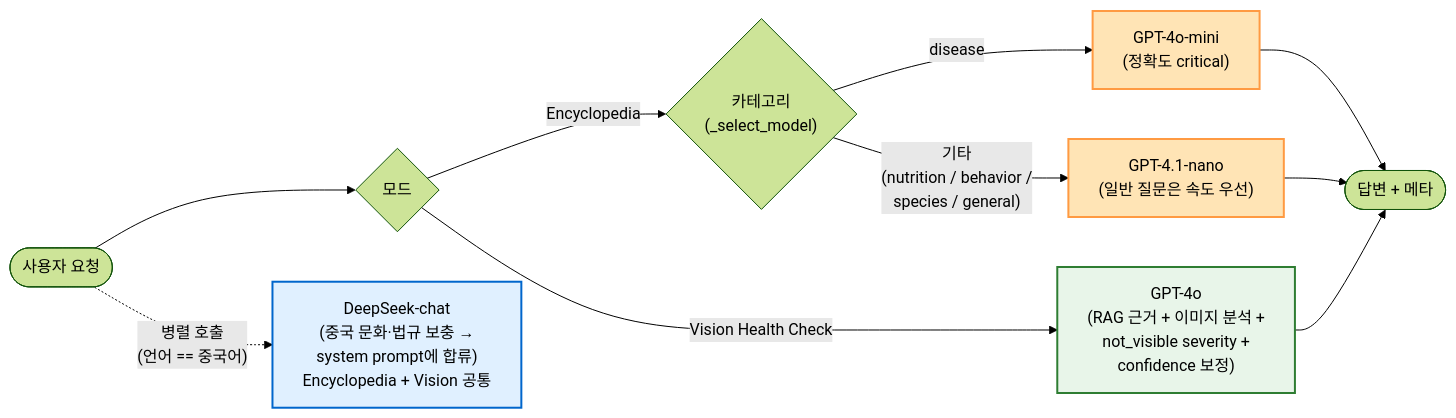
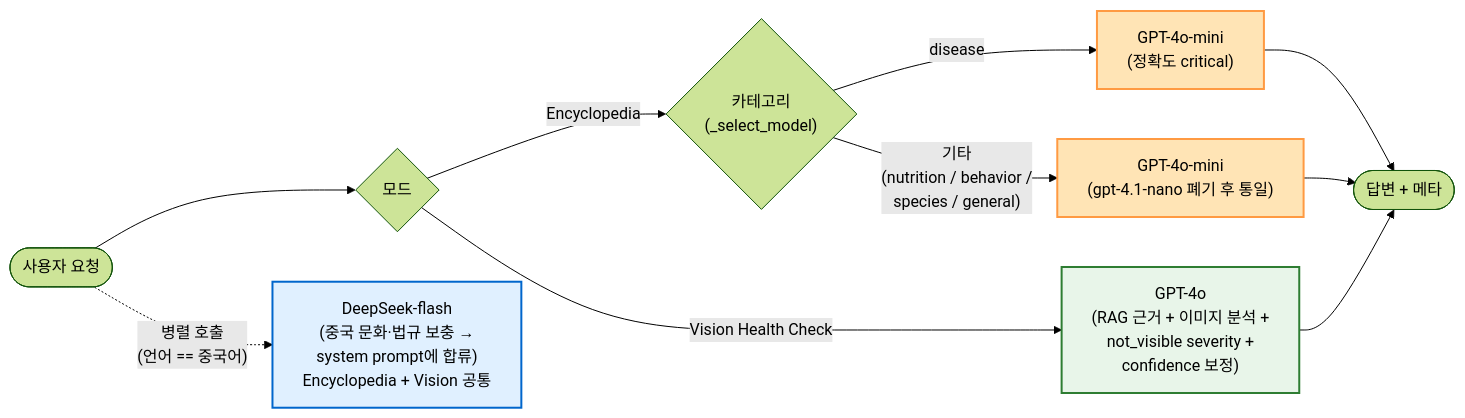
The first of 5 diagrams in docs/architecture/hybrid-llm-pipeline.md (Happ11quokka/perch_care), drawn with Mermaid (forest theme) before and after one commit. The commit also changed other lines of this file and 2 other files, not shown here.

First line of the commit message:
|DOCS| 아키텍처 문서 모델명 갱신 — gpt-4.1-nano 폐기·deepseek-flash 전환 반영

````diff
--- a/docs/architecture/hybrid-llm-pipeline.md
+++ b/docs/architecture/hybrid-llm-pipeline.md
@@ -29,24 +29,24 @@
 ```mermaid
 flowchart LR
     Start(["사용자 요청"])
     Start --> Mode{"모드"}
 
     Mode -- "Encyclopedia" --> Cat{"카테고리<br/>(_select_model)"}
     Mode -- "Vision Health Check" --> V["GPT-4o<br/>(RAG 근거 + 이미지 분석 +<br/>not_visible severity +<br/>confidence 보정)"]
 
     Cat -- "disease" --> A["GPT-4o-mini<br/>(정확도 critical)"]
-    Cat -- "기타<br/>(nutrition / behavior /<br/>species / general)" --> B["GPT-4.1-nano<br/>(일반 질문은 속도 우선)"]
+    Cat -- "기타<br/>(nutrition / behavior /<br/>species / general)" --> B["GPT-4o-mini<br/>(gpt-4.1-nano 폐기 후 통일)"]
 
-    Start -. "병렬 호출<br/>(언어 == 중국어)" .-> DS["DeepSeek-chat<br/>(중국 문화·법규 보충 →<br/>system prompt에 합류)<br/>Encyclopedia + Vision 공통"]
+    Start -. "병렬 호출<br/>(언어 == 중국어)" .-> DS["DeepSeek-flash<br/>(중국 문화·법규 보충 →<br/>system prompt에 합류)<br/>Encyclopedia + Vision 공통"]
 
     A --> Done(["답변 + 메타"])
     B --> Done
     V --> Done
 
     classDef gpt fill:#FFE4B5,stroke:#FF9A42,stroke-width:2px
     classDef deepseek fill:#E0F0FF,stroke:#0066CC,stroke-width:2px
     classDef vision fill:#E8F5E9,stroke:#2E7D32,stroke-width:2px
     class A,B gpt
     class DS deepseek
     class V vision
 ```
````
